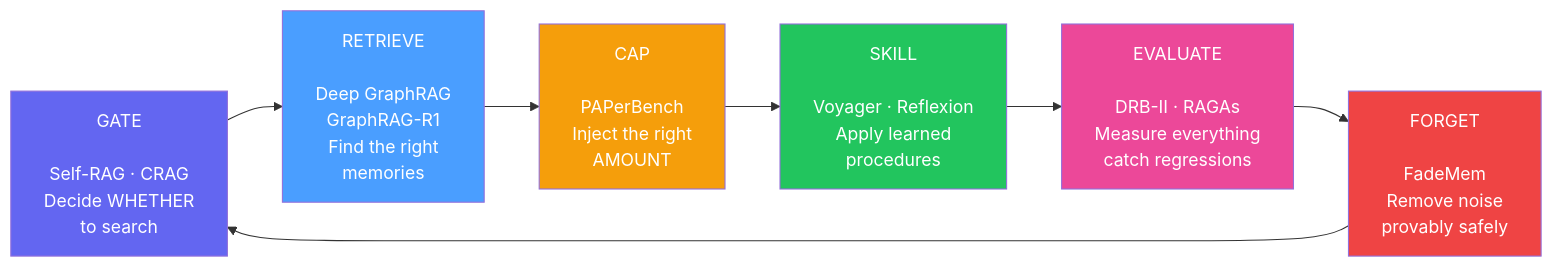
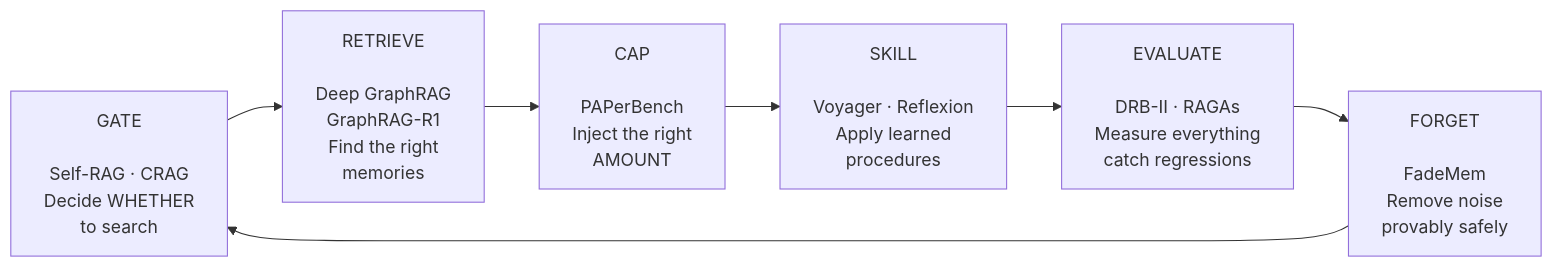
Before and after one commit to elisplash/paw: diagram 18 of 18 in ENGRAM.md, drawn with Mermaid. The commit also changed other lines of this file, not shown here.

Commit message:
docs: add mermaid diagrams throughout ENGRAM.md for visual improvement

````diff
--- a/ENGRAM.md
+++ b/ENGRAM.md
@@ -1670,16 +1635,9 @@
 ```mermaid
 flowchart LR
     GATE["GATE\n\nSelf-RAG · CRAG\nDecide WHETHER\nto search"] --> RETRIEVE["RETRIEVE\n\nDeep GraphRAG\nGraphRAG-R1\nFind the right\nmemories"]
     RETRIEVE --> CAP["CAP\n\nPAPerBench\nInject the right\nAMOUNT"]
     CAP --> SKILL["SKILL\n\nVoyager · Reflexion\nApply learned\nprocedures"]
     SKILL --> EVAL["EVALUATE\n\nDRB-II · RAGAs\nMeasure everything\ncatch regressions"]
     EVAL --> FORGET["FORGET\n\nFadeMem\nRemove noise\nprovably safely"]
     FORGET --> GATE
-
-    style GATE fill:#6366f1,color:#fff
-    style RETRIEVE fill:#4a9eff,color:#fff
-    style CAP fill:#f59e0b,color:#fff
-    style SKILL fill:#22c55e,color:#fff
-    style EVAL fill:#ec4899,color:#fff
-    style FORGET fill:#ef4444,color:#fff
 ```
````
